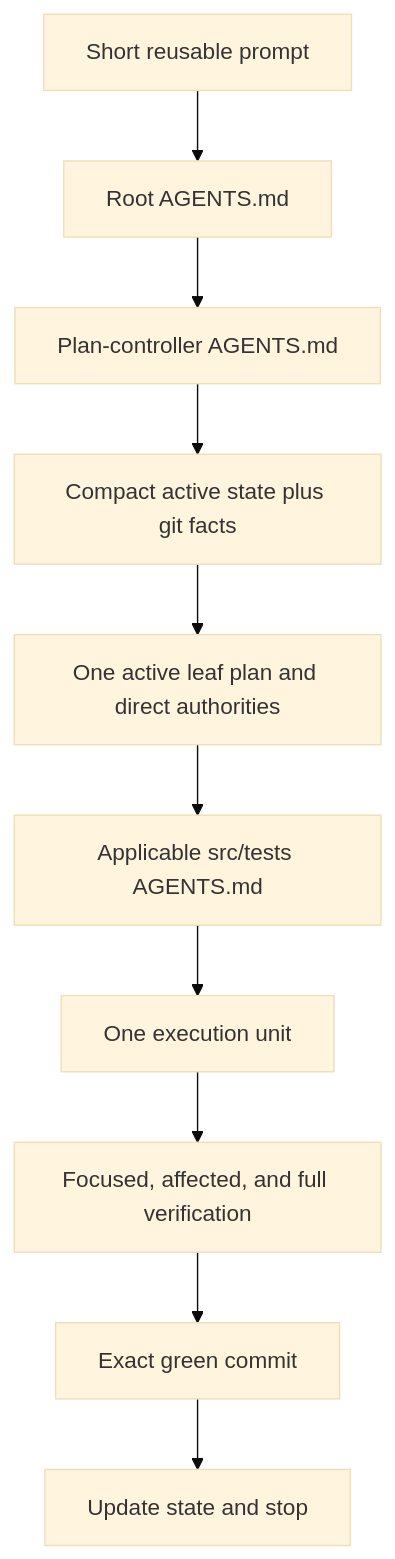
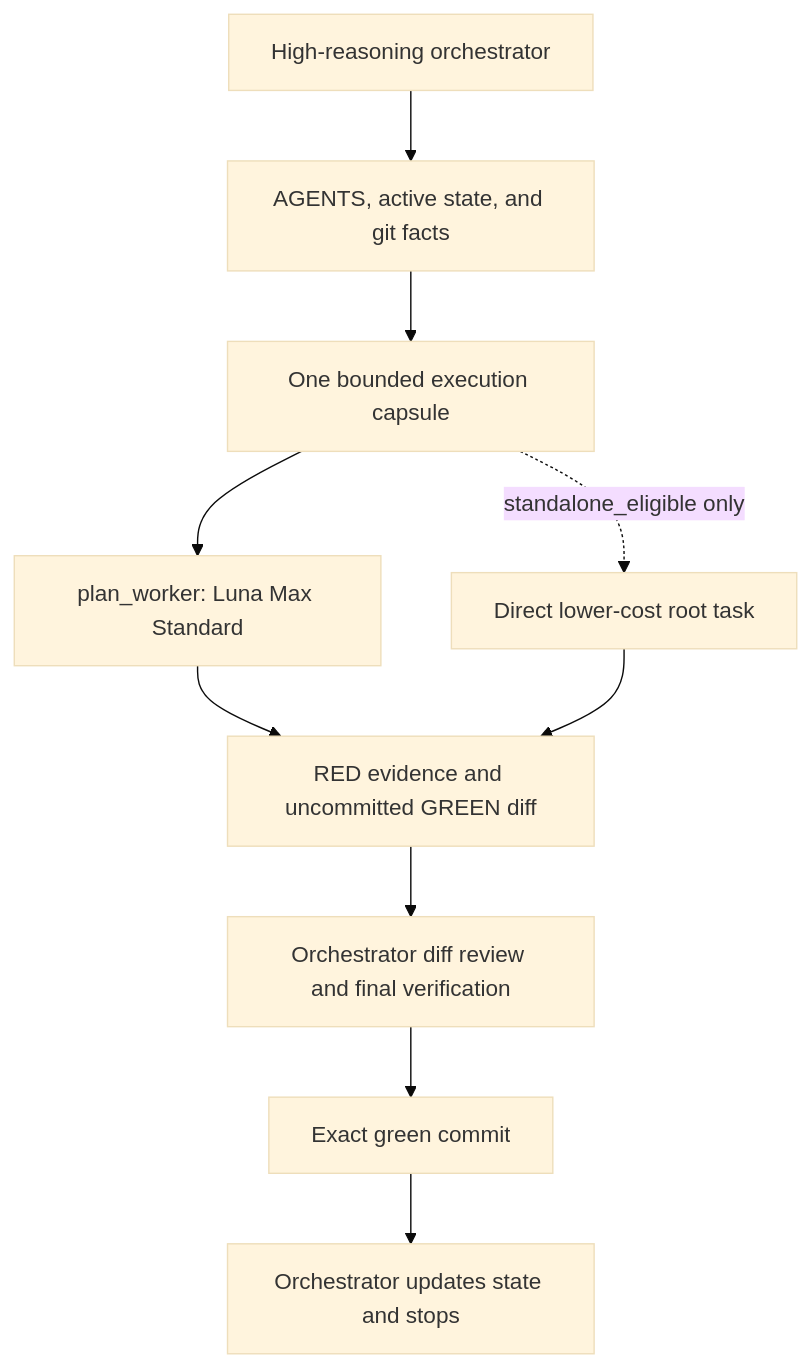
One commit to weishengless/DPmoire-lite changed the second of 2 diagrams in docs/superpowers/specs/2026-07-12-code-review-followup-route-correction-and-low-reasoning-execution-design.md. Above: the diagram before and after it, drawn with Mermaid (base theme). The commit also changed other lines of this file, not shown here.

Commit message:
docs: add orchestrator worker execution modes

````diff
--- a/docs/superpowers/specs/2026-07-12-code-review-followup-route-correction-and-low-reasoning-execution-design.md
+++ b/docs/superpowers/specs/2026-07-12-code-review-followup-route-correction-and-low-reasoning-execution-design.md
@@ -372,12 +497,12 @@
 ```mermaid
 flowchart TD
-    Q["Short reusable prompt"] --> A["Root AGENTS.md"]
-    A --> P["Plan-controller AGENTS.md"]
-    P --> S["Compact active state plus git facts"]
-    S --> L["One active leaf plan and direct authorities"]
-    L --> N["Applicable src/tests AGENTS.md"]
-    N --> U["One execution unit"]
-    U --> T["Focused, affected, and full verification"]
-    T --> C["Exact green commit"]
-    C --> H["Update state and stop"]
+    O["High-reasoning orchestrator"] --> A["AGENTS, active state, and git facts"]
+    A --> X["One bounded execution capsule"]
+    X --> W["plan_worker: Luna Max Standard"]
+    W --> R["RED evidence and uncommitted GREEN diff"]
+    R --> V["Orchestrator diff review and final verification"]
+    V --> C["Exact green commit"]
+    C --> H["Orchestrator updates state and stops"]
+    X -.->|standalone_eligible only| D["Direct lower-cost root task"]
+    D --> R
 ```
````
